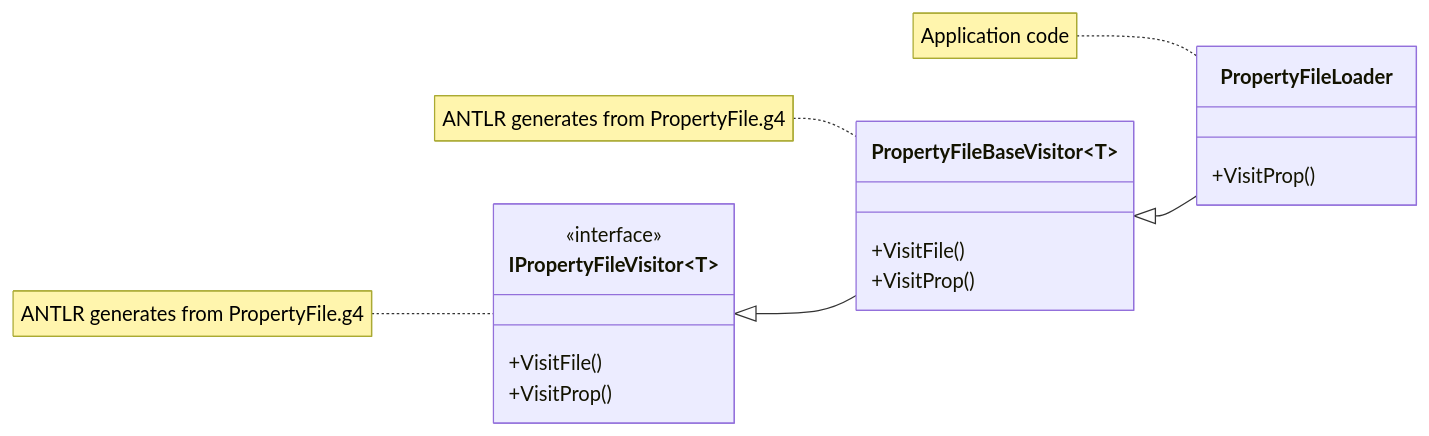
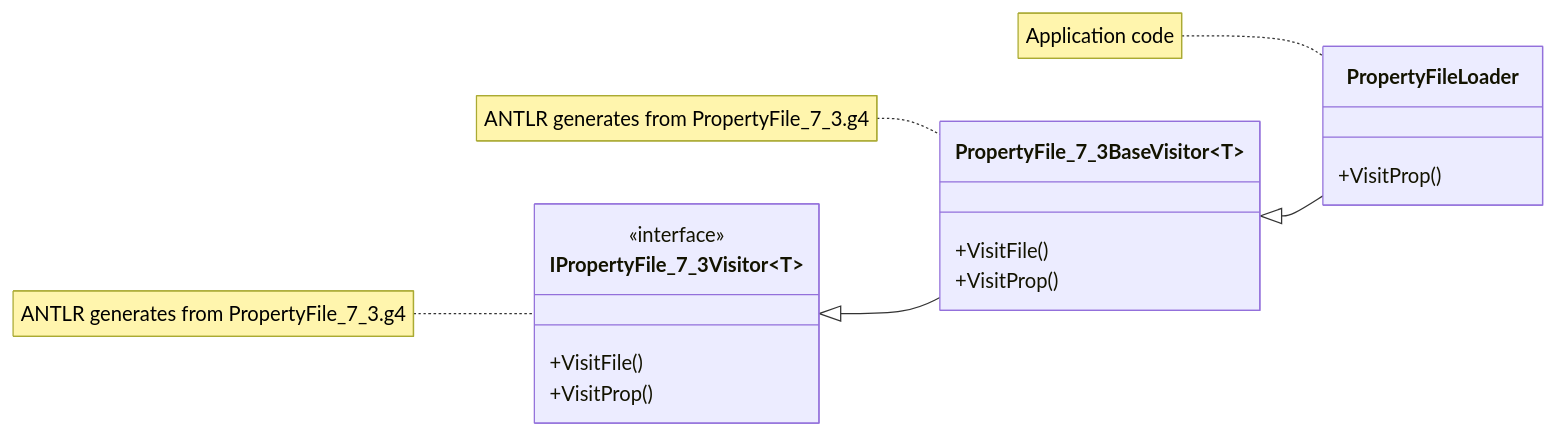
One commit to Reefact/antlr4-book-examples changed the diagram in Reefact.BookExamples.Antlr4/Chapter_07/3/.resources/visitors-hierarchy.mmd. Above: the diagram before and after it, drawn with Mermaid. The commit also changed 1 other file, not shown here.

Commit message:
Adapt the visitor hierarchy to the custom naming related to our concrete example.

```diff
--- a/Reefact.BookExamples.Antlr4/Chapter_07/3/.resources/visitors-hierarchy.mmd
+++ b/Reefact.BookExamples.Antlr4/Chapter_07/3/.resources/visitors-hierarchy.mmd
@@ -1,19 +1,19 @@
 classDiagram
     direction LR
-    IPropertyFileVisitor~T~ <|-- PropertyFileBaseVisitor~T~
-    PropertyFileBaseVisitor~T~ <|-- PropertyFileLoader
-    note for IPropertyFileVisitor "ANTLR generates from PropertyFile.g4"
-    class IPropertyFileVisitor {
+    IPropertyFile_7_3Visitor~T~ <|-- PropertyFile_7_3BaseVisitor~T~
+    PropertyFile_7_3BaseVisitor~T~ <|-- PropertyFileLoader
+    note for IPropertyFile_7_3Visitor "ANTLR generates from PropertyFile_7_3.g4"
+    class IPropertyFile_7_3Visitor {
         <<interface>>
         +VisitFile()
         +VisitProp()
     }
-    note for PropertyFileBaseVisitor "ANTLR generates from PropertyFile.g4"
-    class PropertyFileBaseVisitor {
+    note for PropertyFile_7_3BaseVisitor "ANTLR generates from PropertyFile_7_3.g4"
+    class PropertyFile_7_3BaseVisitor {
         +VisitFile()
         +VisitProp()
     }
     note for PropertyFileLoader "Application code"
     class PropertyFileLoader{
         +VisitProp()
     }
```
